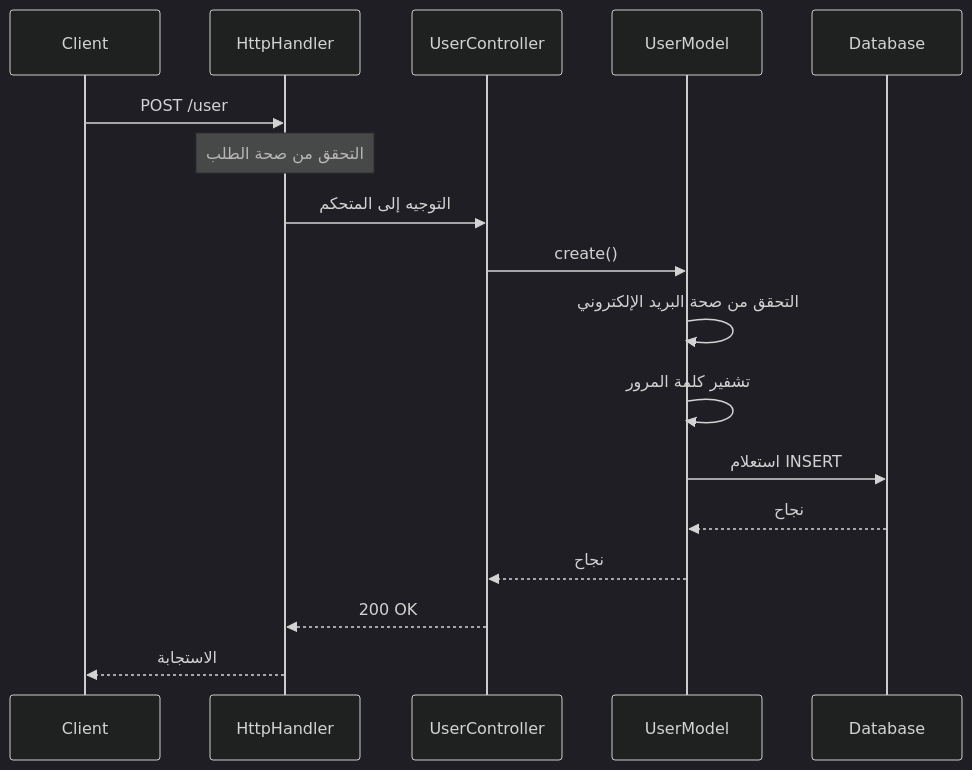
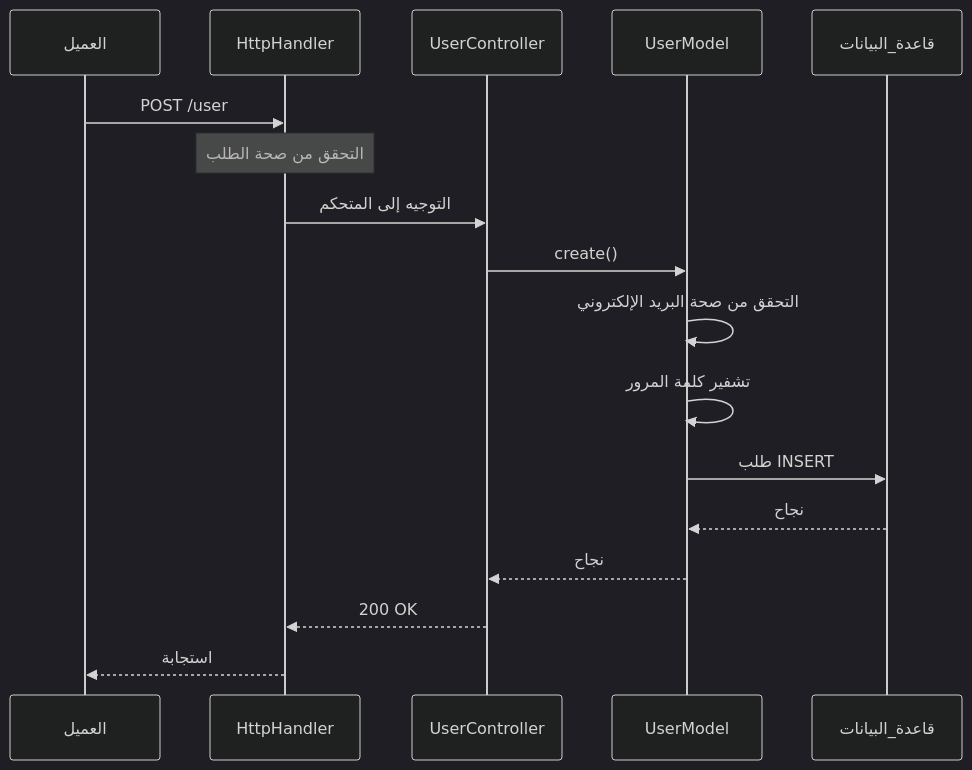
Before and after one commit to secure73/MicrosPy: the second of 4 diagrams in DOCUMENTATION.ar.md, drawn with Mermaid (dark theme). The commit also changed other lines of this file and 2 other files, not shown here.

````diff
--- a/DOCUMENTATION.ar.md
+++ b/DOCUMENTATION.ar.md
@@ -399,20 +552,20 @@
 ```mermaid
 sequenceDiagram
-    participant Client
+    participant العميل
     participant HttpHandler
     participant UserController
     participant UserModel
-    participant Database
+    participant قاعدة_البيانات
 
-    Client->>HttpHandler: POST /user
+    العميل->>HttpHandler: POST /user
     Note over HttpHandler: التحقق من صحة الطلب
     HttpHandler->>UserController: التوجيه إلى المتحكم
     UserController->>UserModel: create()
     UserModel->>UserModel: التحقق من صحة البريد الإلكتروني
     UserModel->>UserModel: تشفير كلمة المرور
-    UserModel->>Database: استعلام INSERT
-    Database-->>UserModel: نجاح
+    UserModel->>قاعدة_البيانات: طلب INSERT
+    قاعدة_البيانات-->>UserModel: نجاح
     UserModel-->>UserController: نجاح
     UserController-->>HttpHandler: 200 OK
-    HttpHandler-->>Client: الاستجابة
+    HttpHandler-->>العميل: استجابة
 ```
````
